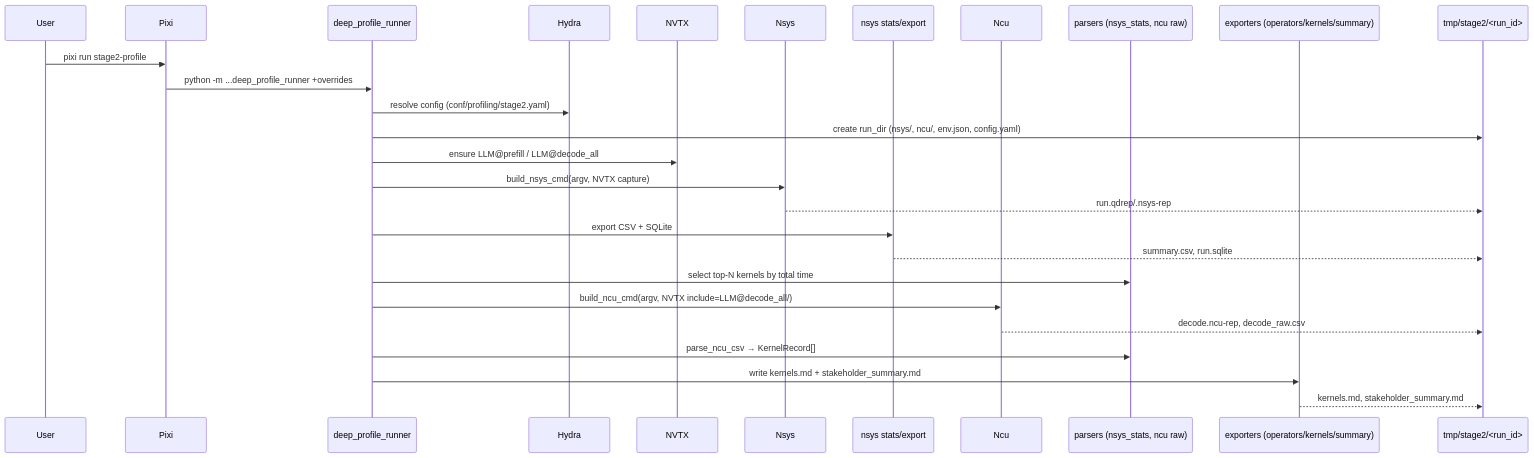
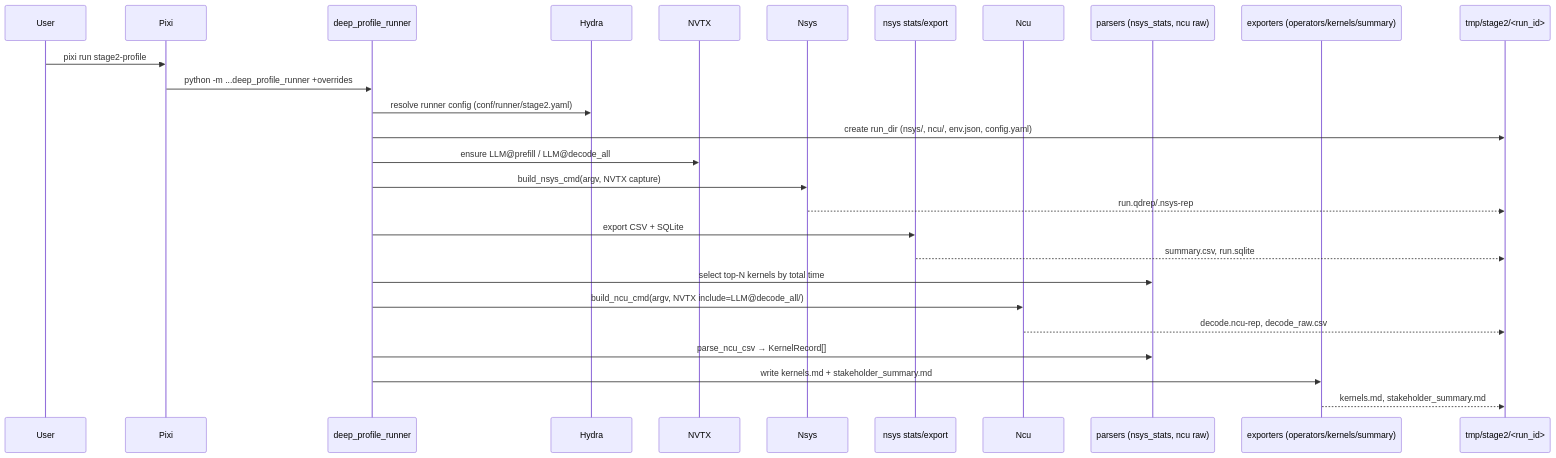
The first of 6 diagrams in context/tasks/002-nvidia-llm-profiling/impl-integrate-phases.md (CodeGandee/llm-perf-opt), drawn with Mermaid before and after one commit. The commit also changed other lines of this file, not shown here.

Commit message:
docs(stage2): integration guide uses conf/runner for runner config; reserve conf/profiling for torch/nsys/ncu presets

````diff
--- a/context/tasks/002-nvidia-llm-profiling/impl-integrate-phases.md
+++ b/context/tasks/002-nvidia-llm-profiling/impl-integrate-phases.md
@@ -11,30 +11,30 @@
 ```mermaid
 sequenceDiagram
     participant User
     participant Pixi
     participant Runner as deep_profile_runner
     participant Hydra
     participant NVTX
     participant Nsys
     participant NsysStats as nsys stats/export
     participant Ncu
     participant Parser as parsers (nsys_stats, ncu raw)
     participant Exporter as exporters (operators/kernels/summary)
     participant Storage as tmp/stage2/<run_id>
 
     User->>Pixi: pixi run stage2-profile
     Pixi->>Runner: python -m ...deep_profile_runner +overrides
-    Runner->>Hydra: resolve config (conf/profiling/stage2.yaml)
+    Runner->>Hydra: resolve runner config (conf/runner/stage2.yaml)
     Runner->>Storage: create run_dir (nsys/, ncu/, env.json, config.yaml)
     Runner->>NVTX: ensure LLM@prefill / LLM@decode_all
     Runner->>Nsys: build_nsys_cmd(argv, NVTX capture)
     Nsys-->>Storage: run.qdrep/.nsys-rep
     Runner->>NsysStats: export CSV + SQLite
     NsysStats-->>Storage: summary.csv, run.sqlite
     Runner->>Parser: select top‑N kernels by total time
     Runner->>Ncu: build_ncu_cmd(argv, NVTX include=LLM@decode_all/)
     Ncu-->>Storage: decode.ncu-rep, decode_raw.csv
     Runner->>Parser: parse_ncu_csv → KernelRecord[]
     Runner->>Exporter: write kernels.md + stakeholder_summary.md
     Exporter-->>Storage: kernels.md, stakeholder_summary.md
 ```
````
